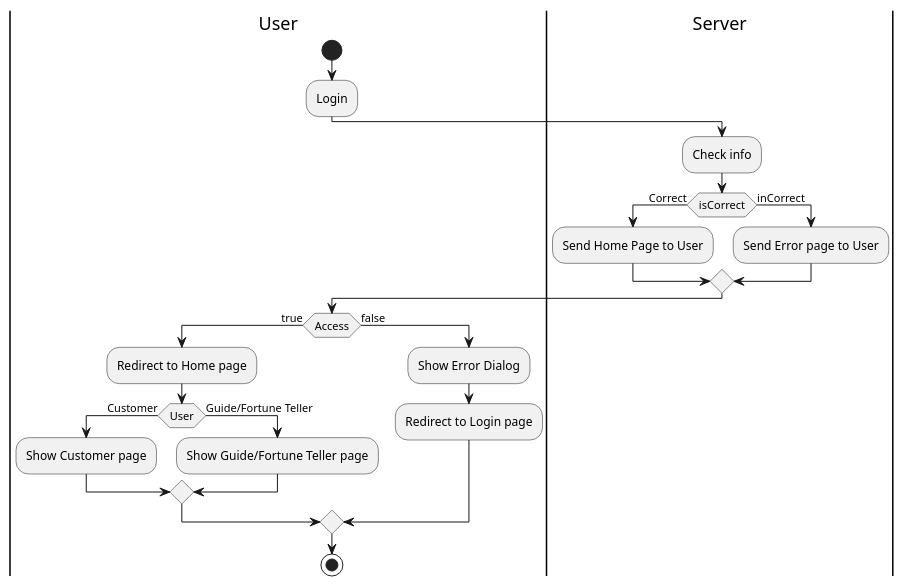
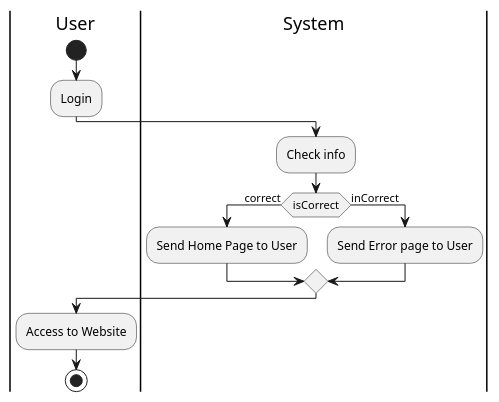
One commit to Nxwbtk/SA-Diagram changed the second of 7 diagrams in activity-diagram.plantuml. Above: the diagram before and after it, drawn with PlantUML. The commit also changed 4 other files, not shown here.

```diff
--- a/activity-diagram.plantuml
+++ b/activity-diagram.plantuml
@@ -31,26 +31,16 @@
 @startuml
 |User|
 start
 :Login;
-|Server|
+|System|
 :Check info;
-if (isCorrect) is (Correct) then
+if (isCorrect) is (correct) then
 	:Send Home Page to User;
 else (inCorrect)
 	:Send Error page to User;
 endif
 
 |User|
-if (Access) is (true) then
-	:Redirect to Home page;
-	if (User) is (Customer) then
-	:Show Customer page;
-	else (Guide/Fortune Teller)
-	:Show Guide/Fortune Teller page;
-	endif
-else (false)
-	:Show Error Dialog;
-	:Redirect to Login page;
-endif
+:Access to Website;
 stop
 @enduml
```
